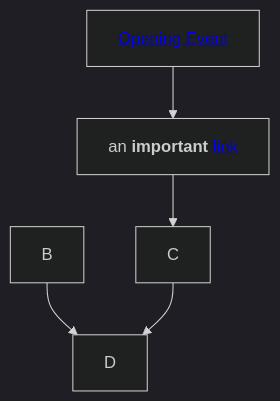
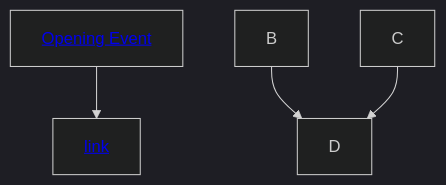
Before and after one commit to dune73/Spoon-Knife: the first of 2 diagrams in README.md, drawn with Mermaid (dark theme). The commit also changed other lines of this file, not shown here.

````diff
--- a/README.md
+++ b/README.md
@@ -12,7 +13,8 @@
 ```mermaid
 graph TB;
-  A1[<a href='https://disney.com'>Opening Event</a>]-->A2[an <b>important</b> <a href='https://disney.com'>link</a>];
-  A2-->C;
-B-->D;
-C-->D;
+  A1[<a href='https://disney.com'>Opening Event</a>]
+  A2[<a href='https://disney.com'>link</a>];
+  A1-->A2;
+  B-->D;
+  C-->D;
 ```
````
